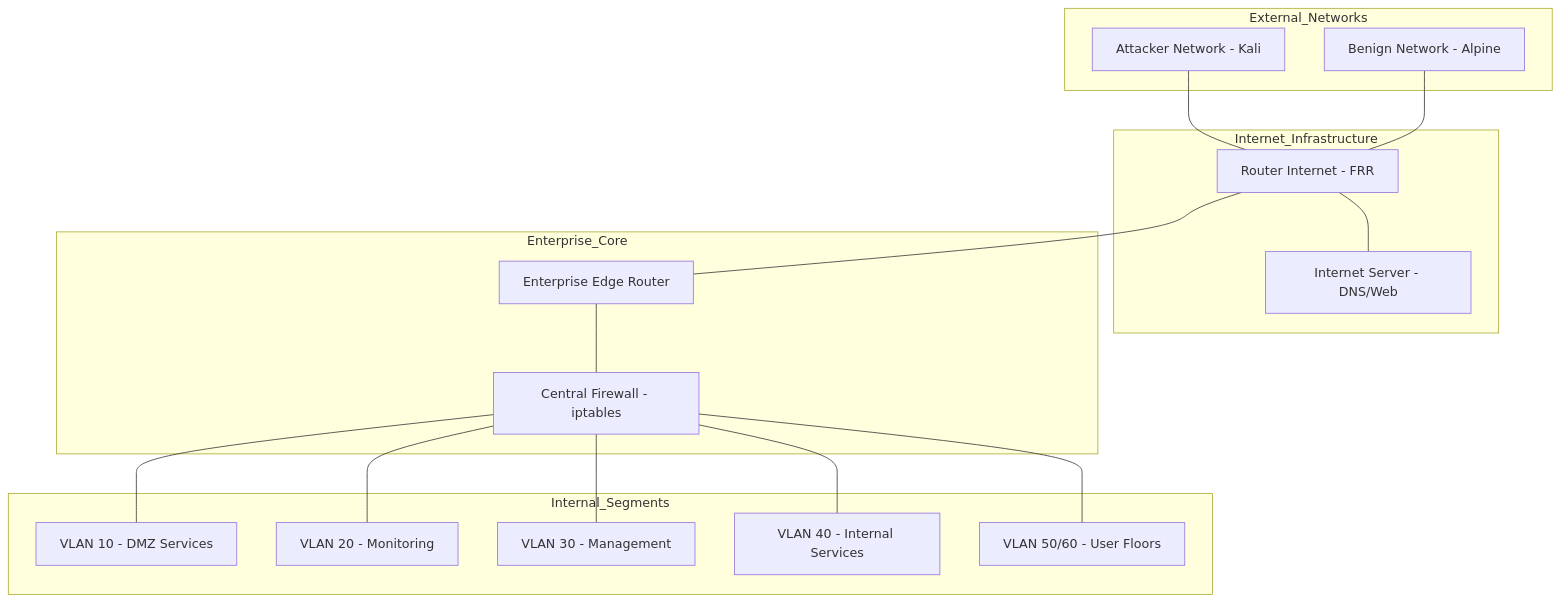
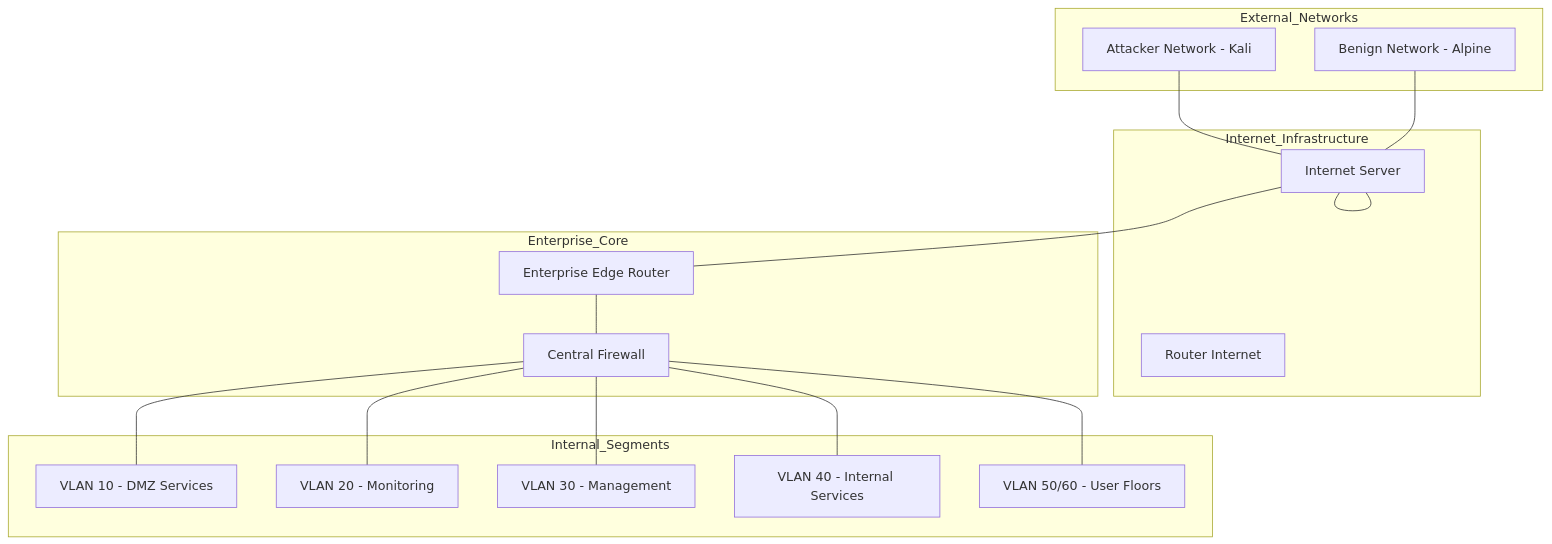
Before and after one commit to Marc-Chamorro/virtual-network-threat-detection: the diagram in docs/architecture/network-design.md, drawn with Mermaid. The commit also changed other lines of this file and 2 other files, not shown here.

Commit message:
Architecture DOCS

````diff
--- a/docs/architecture/network-design.md
+++ b/docs/architecture/network-design.md
@@ -17,36 +30,36 @@
 ```mermaid
 graph TD
     subgraph External_Networks
         Attacker[Attacker Network - Kali]
         Benign[Benign Network - Alpine]
     end
 
     subgraph Internet_Infrastructure
-        Router_ISP[Router Internet - FRR]
-        Server_ISP[Internet Server - DNS/Web]
+        Router_Internet[Router Internet]
+        Server_Internet[Internet Server]
     end
 
     subgraph Enterprise_Core
         Router_Edge[Enterprise Edge Router]
-        Firewall[Central Firewall - iptables]
+        Firewall[Central Firewall]
     end
 
     subgraph Internal_Segments
         DMZ[VLAN 10 - DMZ Services]
         IDS[VLAN 20 - Monitoring]
         Admin[VLAN 30 - Management]
         Services[VLAN 40 - Internal Services]
         Users[VLAN 50/60 - User Floors]
     end
 
-    Attacker --- Router_ISP
-    Benign --- Router_ISP
-    Router_ISP --- Server_ISP
-    Router_ISP --- Router_Edge
+    Attacker --- Server_Internet
+    Benign --- Server_Internet
+    Server_Internet --- Server_Internet
+    Server_Internet --- Router_Edge
     Router_Edge --- Firewall
     Firewall --- DMZ
     Firewall --- IDS
     Firewall --- Admin
     Firewall --- Services
     Firewall --- Users
 ```
````
